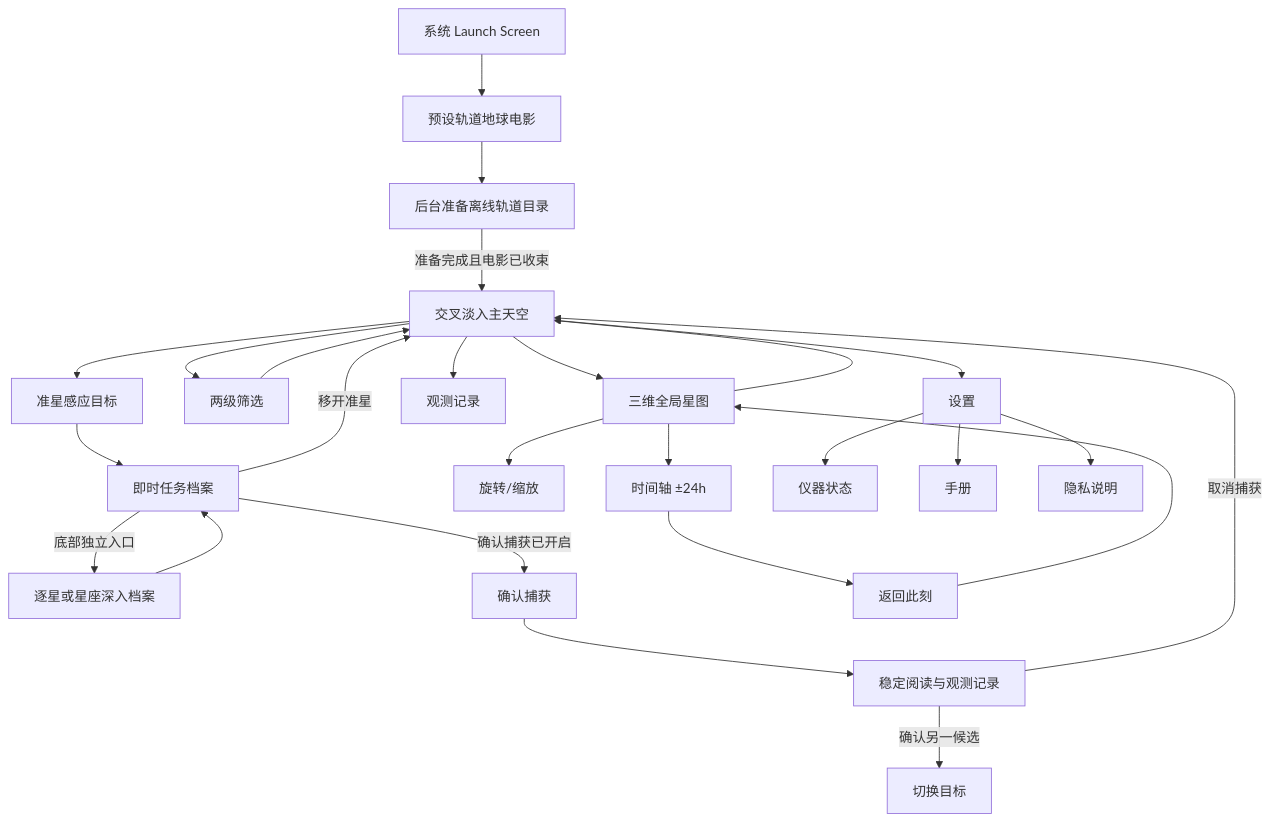
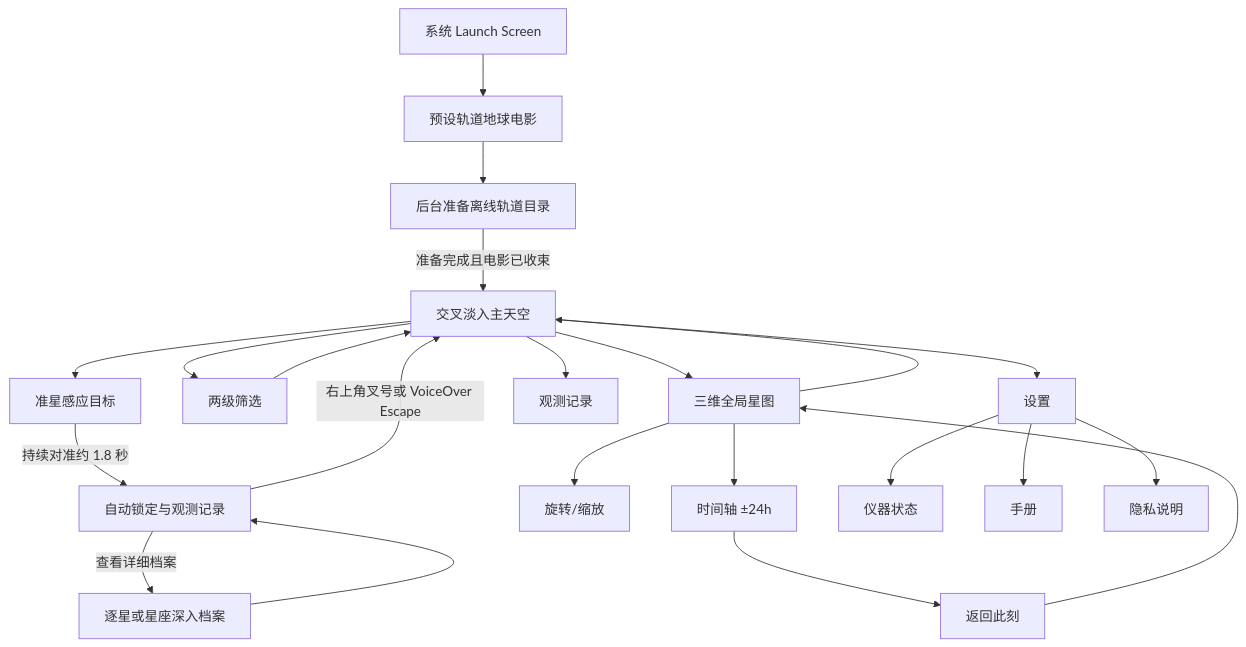
Before and after one commit to tollenceld/StarCatch: the diagram in Documentation/PROJECT_OVERVIEW.md, drawn with Mermaid. The commit also changed other lines of this file and 15 other files, not shown here.

````diff
--- a/Documentation/PROJECT_OVERVIEW.md
+++ b/Documentation/PROJECT_OVERVIEW.md
@@ -458,28 +446,24 @@
 ```mermaid
 flowchart TD
     A[系统 Launch Screen] --> A1[预设轨道地球电影]
     A1 --> A2[后台准备离线轨道目录]
     A2 -->|准备完成且电影已收束| E[交叉淡入主天空]
     E --> F[准星感应目标]
-    F --> G[即时任务档案]
-    G -->|移开准星| E
-    G -->|底部独立入口| H[逐星或星座深入档案]
+    F -->|持续对准约 1.8 秒| G[自动锁定与观测记录]
+    G -->|查看详细档案| H[逐星或星座深入档案]
     H --> G
-    G -->|确认捕获已开启| I[确认捕获]
-    I --> J[稳定阅读与观测记录]
-    J -->|确认另一候选| K[切换目标]
-    J -->|取消捕获| E
+    G -->|右上角叉号或 VoiceOver Escape| E
     E --> L[两级筛选]
     L --> E
     E --> M[三维全局星图]
     M --> N[旋转/缩放]
     M --> O[时间轴 ±24h]
     O --> P[返回此刻]
     P --> M
     M --> E
     E --> R[观测记录]
     E --> Q[设置]
     Q --> S[仪器状态]
     Q --> T[手册]
     Q --> U[隐私说明]
 ```
````
